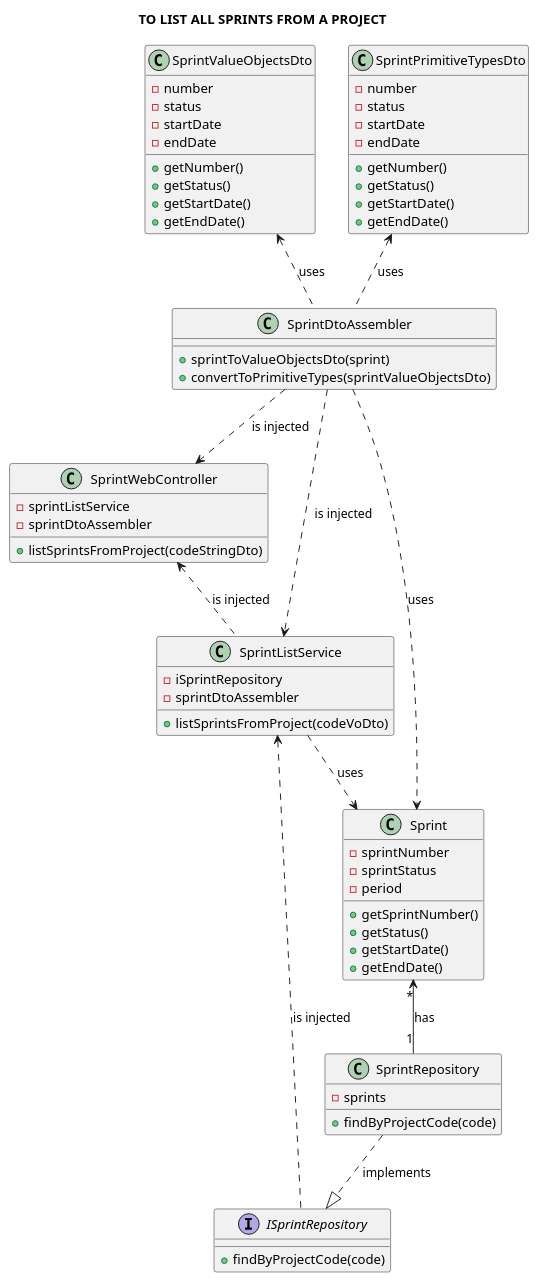
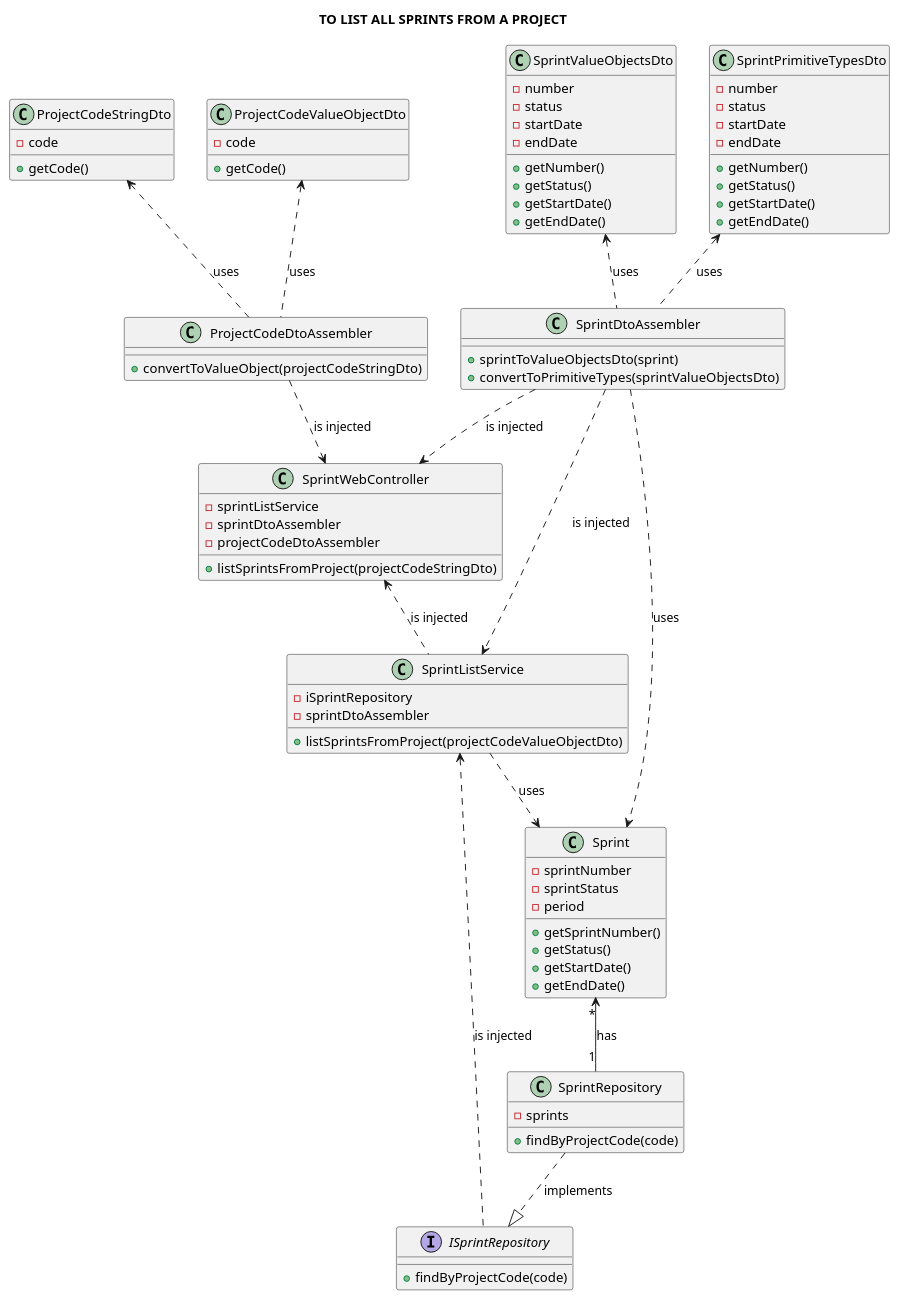
One commit to Loracline/project_switch_22-23 changed the diagram in docs/modelling_design/user_stories/reference_diagrams/listAllSprintsFromProject_classDiagram_ddd.puml. Above: the diagram before and after it, drawn with PlantUML. The commit also changed 1 other file, not shown here.

Commit message:
US031: Design: Updated sequence and class diagrams for functionality of listing all sprints of a project. Closes #650.

```diff
--- a/docs/modelling_design/user_stories/reference_diagrams/listAllSprintsFromProject_classDiagram_ddd.puml
+++ b/docs/modelling_design/user_stories/reference_diagrams/listAllSprintsFromProject_classDiagram_ddd.puml
@@ -1,75 +1,93 @@
 @startuml
 
 title TO LIST ALL SPRINTS FROM A PROJECT
 skinparam sequenceMessageAlign center
 
+class ProjectCodeStringDto {
+-code
++getCode()
+}
+
+class ProjectCodeValueObjectDto {
+-code
++getCode()
+}
+
+class ProjectCodeDtoAssembler {
++convertToValueObject(projectCodeStringDto)
+}
+
 class SprintWebController {
 -sprintListService
 -sprintDtoAssembler
-+listSprintsFromProject(codeStringDto)
+-projectCodeDtoAssembler
++listSprintsFromProject(projectCodeStringDto)
 }
 
 class SprintListService {
 -iSprintRepository
 -sprintDtoAssembler
-+listSprintsFromProject(codeVoDto)
++listSprintsFromProject(projectCodeValueObjectDto)
 }
 
 interface ISprintRepository {
 +findByProjectCode(code)
 }
 
 class SprintRepository {
 -sprints
 +findByProjectCode(code)
 }
 
 class SprintDtoAssembler {
 +sprintToValueObjectsDto(sprint)
 +convertToPrimitiveTypes(sprintValueObjectsDto)
 }
 
 class SprintValueObjectsDto {
 -number
 -status
 -startDate
 -endDate
 +getNumber()
 +getStatus()
 +getStartDate()
 +getEndDate()
 }
 
 class SprintPrimitiveTypesDto {
 -number
 -status
 -startDate
 -endDate
 +getNumber()
 +getStatus()
 +getStartDate()
 +getEndDate()
 }
 
 class Sprint {
 -sprintNumber
 -sprintStatus
 -period
 +getSprintNumber()
 +getStatus()
 +getStartDate()
 +getEndDate()
 }
 
 SprintWebController <.. SprintListService: is injected
 SprintListService <.. ISprintRepository: is injected
 SprintRepository ..|> ISprintRepository: implements
 SprintListService ..> Sprint: uses
 SprintDtoAssembler ..> SprintListService: is injected
 SprintDtoAssembler ..> SprintWebController: is injected
+ProjectCodeDtoAssembler ..> SprintWebController: is injected
 SprintDtoAssembler ..> Sprint: uses
 SprintValueObjectsDto <.. SprintDtoAssembler: uses
 SprintPrimitiveTypesDto <.. SprintDtoAssembler: uses
+ProjectCodeStringDto <.. ProjectCodeDtoAssembler: uses
+ProjectCodeValueObjectDto <.. ProjectCodeDtoAssembler: uses
 Sprint "*" <-down- "1" SprintRepository: has
 
 @enduml
```
